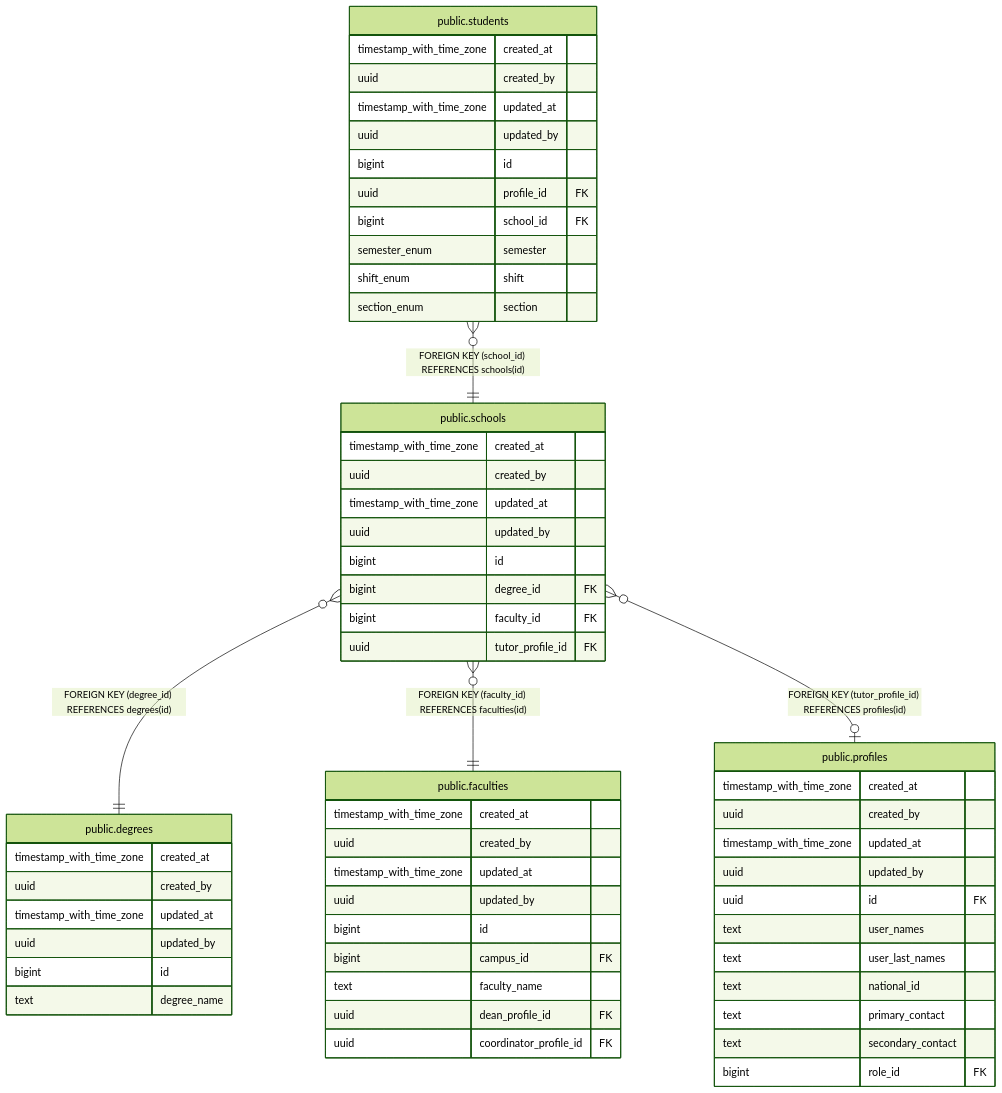
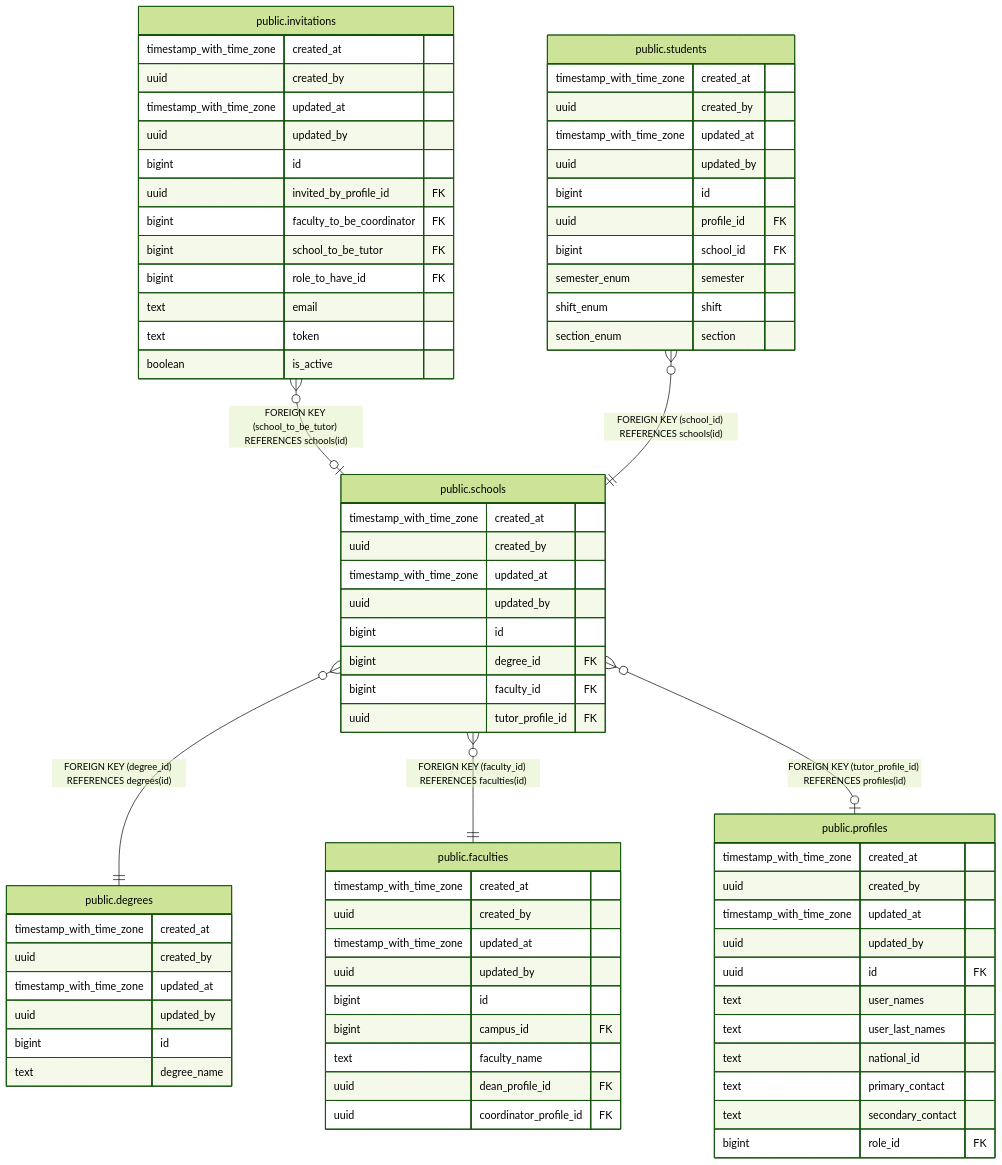
Before and after one commit to icristianhernandez/academic-service-backend: the diagram in docs/db/tbls/public.schools.md, drawn with Mermaid (forest theme). The commit also changed other lines of this file and 12 other files, not shown here.

First line of the commit message:
chore(db-docs): update tbls diagrams for invitations, roles, profiles

````diff
--- a/docs/db/tbls/public.schools.md
+++ b/docs/db/tbls/public.schools.md
@@ -44,63 +44,78 @@
 ```mermaid
 erDiagram
 
+"public.invitations" }o--o| "public.schools" : "FOREIGN KEY (school_to_be_tutor) REFERENCES schools(id)"
 "public.students" }o--|| "public.schools" : "FOREIGN KEY (school_id) REFERENCES schools(id)"
 "public.schools" }o--|| "public.degrees" : "FOREIGN KEY (degree_id) REFERENCES degrees(id)"
 "public.schools" }o--|| "public.faculties" : "FOREIGN KEY (faculty_id) REFERENCES faculties(id)"
 "public.schools" }o--o| "public.profiles" : "FOREIGN KEY (tutor_profile_id) REFERENCES profiles(id)"
 
 "public.schools" {
   timestamp_with_time_zone created_at ""
   uuid created_by ""
   timestamp_with_time_zone updated_at ""
   uuid updated_by ""
   bigint id ""
   bigint degree_id FK ""
   bigint faculty_id FK ""
   uuid tutor_profile_id FK ""
+}
+"public.invitations" {
+  timestamp_with_time_zone created_at ""
+  uuid created_by ""
+  timestamp_with_time_zone updated_at ""
+  uuid updated_by ""
+  bigint id ""
+  uuid invited_by_profile_id FK ""
+  bigint faculty_to_be_coordinator FK ""
+  bigint school_to_be_tutor FK ""
+  bigint role_to_have_id FK ""
+  text email ""
+  text token ""
+  boolean is_active ""
 }
 "public.students" {
   timestamp_with_time_zone created_at ""
   uuid created_by ""
   timestamp_with_time_zone updated_at ""
   uuid updated_by ""
   bigint id ""
   uuid profile_id FK ""
   bigint school_id FK ""
   semester_enum semester ""
   shift_enum shift ""
   section_enum section ""
 }
 "public.degrees" {
   timestamp_with_time_zone created_at ""
   uuid created_by ""
   timestamp_with_time_zone updated_at ""
   uuid updated_by ""
   bigint id ""
   text degree_name ""
 }
 "public.faculties" {
   timestamp_with_time_zone created_at ""
   uuid created_by ""
   timestamp_with_time_zone updated_at ""
   uuid updated_by ""
   bigint id ""
   bigint campus_id FK ""
   text faculty_name ""
   uuid dean_profile_id FK ""
   uuid coordinator_profile_id FK ""
 }
 "public.profiles" {
   timestamp_with_time_zone created_at ""
   uuid created_by ""
   timestamp_with_time_zone updated_at ""
   uuid updated_by ""
   uuid id FK ""
   text user_names ""
   text user_last_names ""
   text national_id ""
   text primary_contact ""
   text secondary_contact ""
   bigint role_id FK ""
 }
 ```
````
